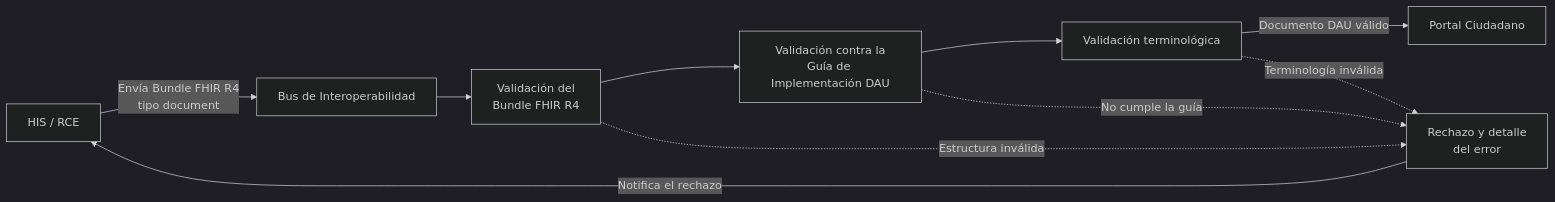
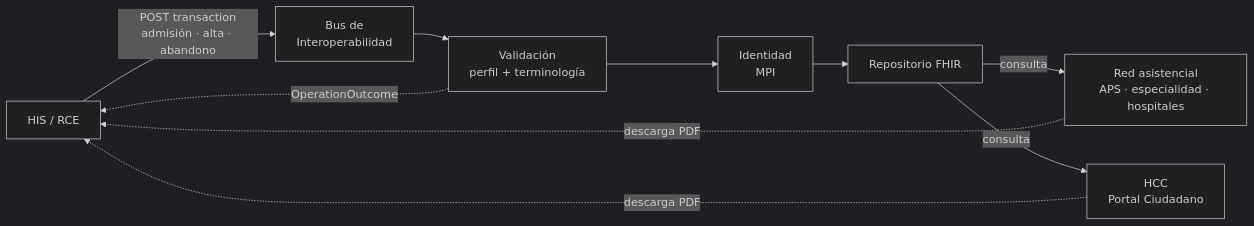
One commit to rchristiansen/CL-URGENCIA changed the diagram in input/pagecontent/arquitectura.md. Above: the diagram before and after it, drawn with Mermaid (dark theme). The commit also changed other lines of this file and 38 other files, not shown here.

```diff
--- a/input/pagecontent/arquitectura.md
+++ b/input/pagecontent/arquitectura.md
@@ -29,21 +15,12 @@
 <div class="mermaid">
 flowchart LR
-    HIS["HIS / RCE"]
-    BUS["Bus de Interoperabilidad"]
-    ESTRUCT["Validación del<br/>Bundle FHIR R4"]
-    GUIA["Validación contra la<br/>Guía de Implementación DAU"]
-    TERM["Validación terminológica"]
-    PORTAL["Portal Ciudadano"]
-    RECHAZO["Rechazo y detalle<br/>del error"]
-
-    HIS -->|"Envía Bundle FHIR R4<br/>tipo document"| BUS
-    BUS --> ESTRUCT
-    ESTRUCT --> GUIA
-    GUIA --> TERM
-    TERM -->|"Documento DAU válido"| PORTAL
-
-    ESTRUCT -.->|"Estructura inválida"| RECHAZO
-    GUIA -.->|"No cumple la guía"| RECHAZO
-    TERM -.->|"Terminología inválida"| RECHAZO
-    RECHAZO -->|"Notifica el rechazo"| HIS
+    HIS["HIS / RCE"] -->|"POST transaction<br/>admisión · alta · abandono"| BUS["Bus de<br/>Interoperabilidad"]
+    BUS --> VAL["Validación<br/>perfil + terminología"]
+    VAL --> MPI["Identidad<br/>MPI"]
+    MPI --> REP["Repositorio FHIR"]
+    REP -->|"consulta"| RED["Red asistencial<br/>APS · especialidad · hospitales"]
+    REP -->|"consulta"| HCC["HCC<br/>Portal Ciudadano"]
+    RED -.->|"descarga PDF"| HIS
+    HCC -.->|"descarga PDF"| HIS
+    VAL -.->|"OperationOutcome"| HIS
 </div>
```
